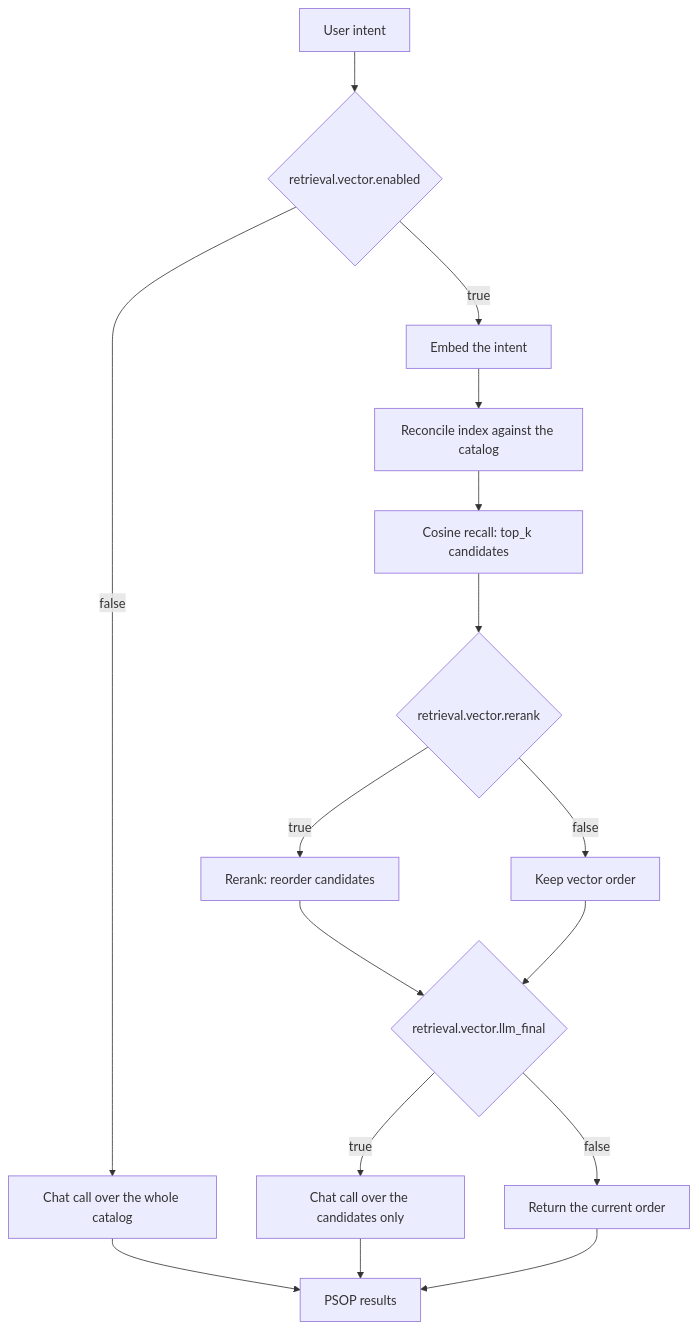
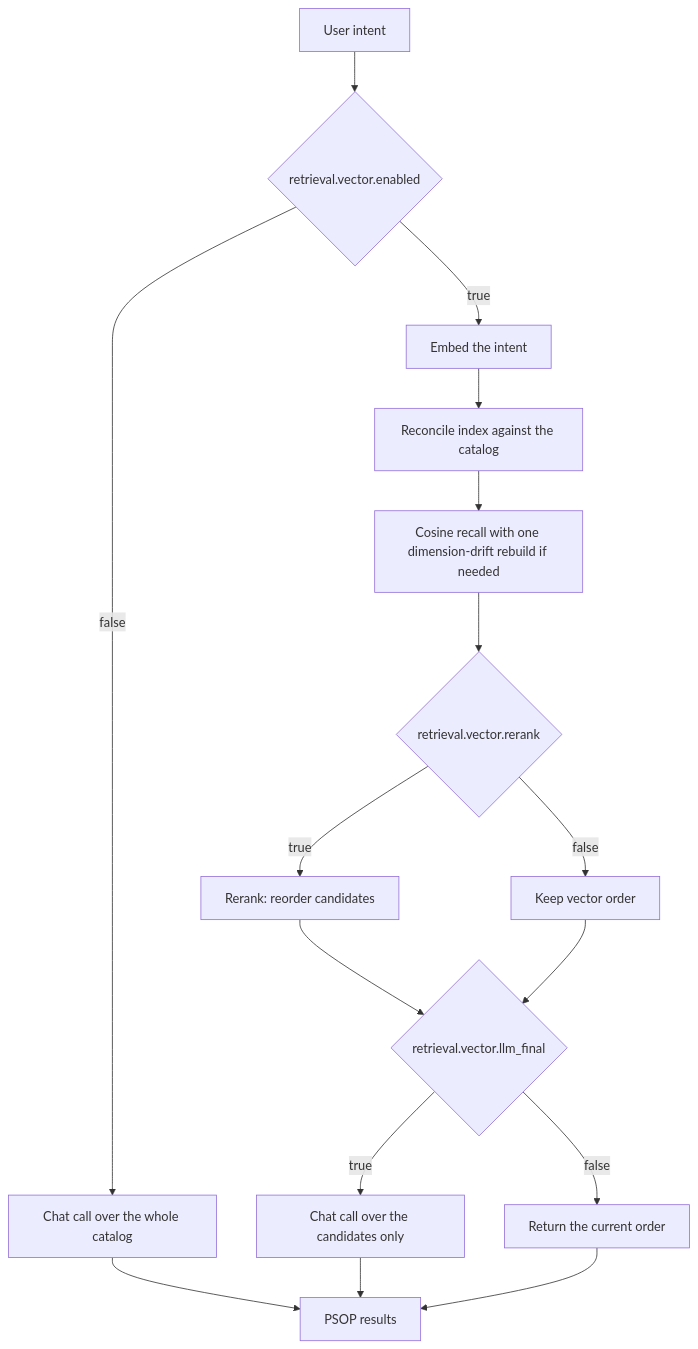
One commit to Wangyanlin1996/orchestration-center changed the diagram in docs/en/PSOP Retrieval.md. Above: the diagram before and after it, drawn with Mermaid. The commit also changed other lines of this file and 9 other files, not shown here.

````diff
--- a/docs/en/PSOP Retrieval.md
+++ b/docs/en/PSOP Retrieval.md
@@ -12,18 +12,18 @@
 ```mermaid
 flowchart TD
     A[User intent] --> B{retrieval.vector.enabled}
     B -- false --> C[Chat call over the whole catalog]
     B -- true --> D[Embed the intent]
     D --> E[Reconcile index against the catalog]
-    E --> F[Cosine recall: top_k candidates]
+    E --> F[Cosine recall with one dimension-drift rebuild if needed]
     F --> G{retrieval.vector.rerank}
     G -- true --> H[Rerank: reorder candidates]
     G -- false --> I[Keep vector order]
     H --> J{retrieval.vector.llm_final}
     I --> J
     J -- true --> K[Chat call over the candidates only]
     J -- false --> L[Return the current order]
     C --> M[PSOP results]
     K --> M
     L --> M
 ```
````
